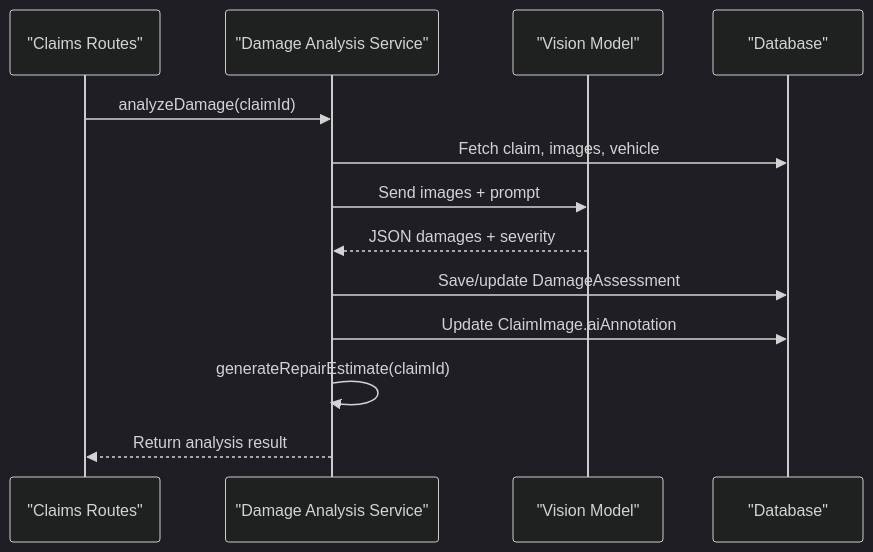
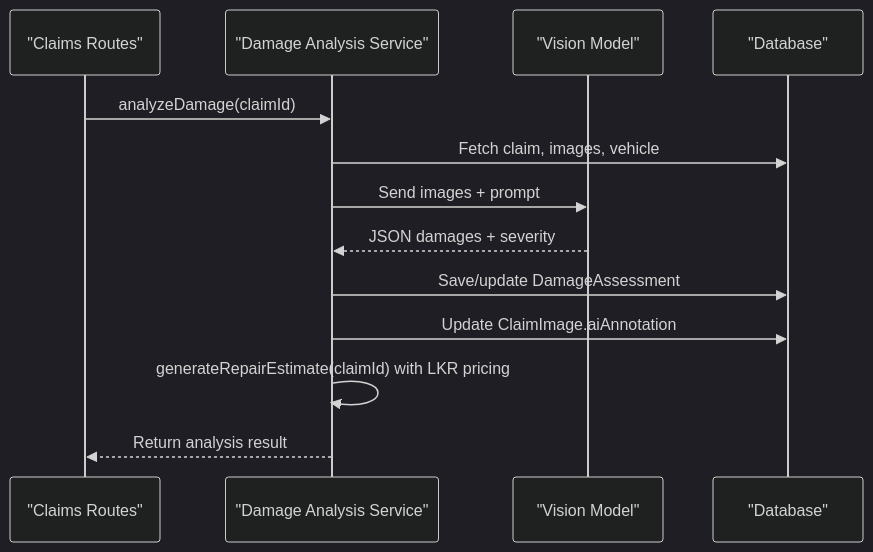
The fourth of 6 diagrams in .qoder/repowiki/en/content/Backend Documentation/Business Logic & Services/Repair Estimate Service.md (NaveenHiranya/Smart-Vehicle-Insurance-Claim-System), drawn with Mermaid (dark theme) before and after one commit. The commit also changed other lines of this file and 9 other files, not shown here.

````diff
--- a/.qoder/repowiki/en/content/Backend Documentation/Business Logic & Services/Repair Estimate Service.md
+++ b/.qoder/repowiki/en/content/Backend Documentation/Business Logic & Services/Repair Estimate Service.md
@@ -195,15 +222,15 @@
 ```mermaid
 sequenceDiagram
 participant API as "Claims Routes"
 participant DAS as "Damage Analysis Service"
 participant AI as "Vision Model"
 participant DB as "Database"
 API->>DAS : analyzeDamage(claimId)
 DAS->>DB : Fetch claim, images, vehicle
 DAS->>AI : Send images + prompt
 AI-->>DAS : JSON damages + severity
 DAS->>DB : Save/update DamageAssessment
 DAS->>DB : Update ClaimImage.aiAnnotation
-DAS->>DAS : generateRepairEstimate(claimId)
+DAS->>DAS : generateRepairEstimate(claimId) with LKR pricing
 DAS-->>API : Return analysis result
 ```
````
